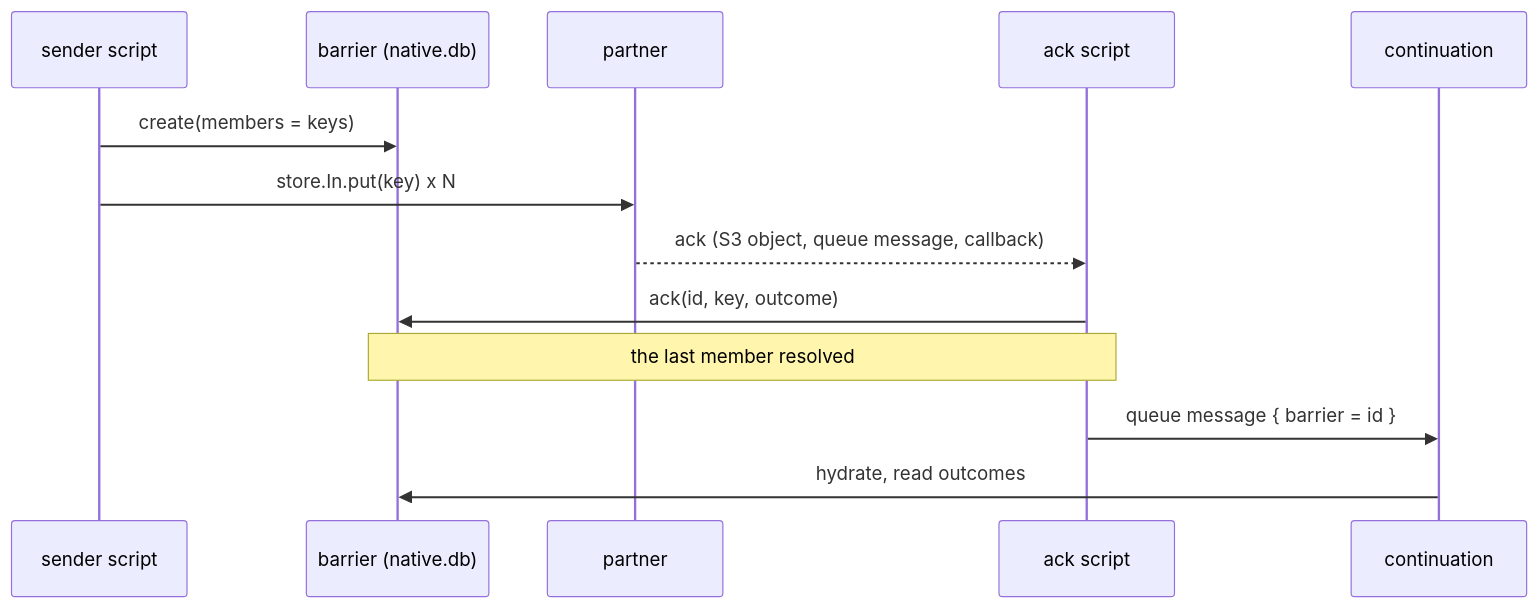
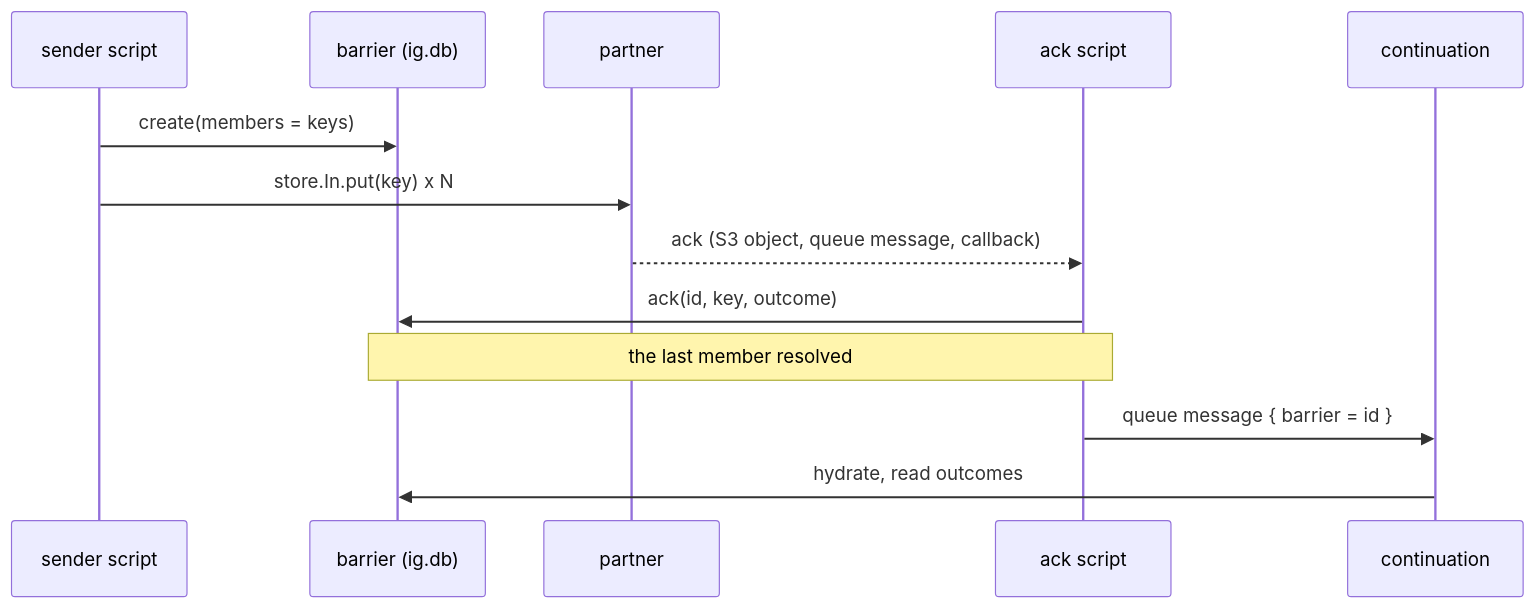
The diagram in docs/barrier.md (vivainio/integraal), drawn with Mermaid before and after one commit. The commit also changed other lines of this file and 104 other files, not shown here.

````diff
--- a/docs/barrier.md
+++ b/docs/barrier.md
@@ -12,15 +12,15 @@
 ```mermaid
 sequenceDiagram
     participant S as sender script
-    participant B as barrier (native.db)
+    participant B as barrier (ig.db)
     participant P as partner
     participant A as ack script
     participant F as continuation
     S->>B: create(members = keys)
     S->>P: store.In.put(key) x N
     P-->>A: ack (S3 object, queue message, callback)
     A->>B: ack(id, key, outcome)
     Note over A,B: the last member resolved
     A->>F: queue message { barrier = id }
     F->>B: hydrate, read outcomes
 ```
````
